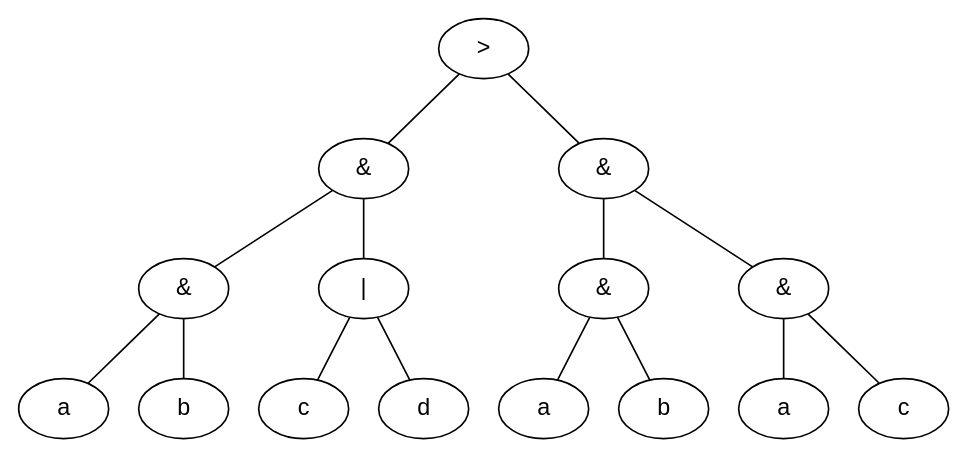
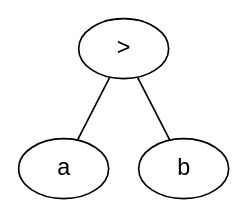
One commit to LoTuSw0w/LogicApplicationProject changed the diagram in LogicApplication/bin/Debug/log.dot. Above: the diagram before and after it, drawn with Graphviz. The commit also changed 14 other files, not shown here.

```diff
--- a/LogicApplication/bin/Debug/log.dot
+++ b/LogicApplication/bin/Debug/log.dot
@@ -1,34 +1,10 @@
 graph logic {
   node [ fontname = "Arial" ]
   node1 [label = ">"]
   node1 -- node2
   node1 -- node3
   node1 [label = ">"]
-  node2 -- node4
-  node2 -- node5
-  node2 [label = "&"]
-  node4 -- node8
-  node4 -- node9
-  node4 [label = "&"]
-  node8 [label = "a"]
-  node9 [label = "b"]
-  node5 -- node10
-  node5 -- node11
-  node5 [label = "|"]
-  node10 [label = "c"]
-  node11 [label = "d"]
-  node3 -- node6
-  node3 -- node7
-  node3 [label = "&"]
-  node6 -- node12
-  node6 -- node13
-  node6 [label = "&"]
-  node12 [label = "a"]
-  node13 [label = "b"]
-  node7 -- node14
-  node7 -- node15
-  node7 [label = "&"]
-  node14 [label = "a"]
-  node15 [label = "c"]
+  node2 [label = "a"]
+  node3 [label = "b"]
 
 }
```
